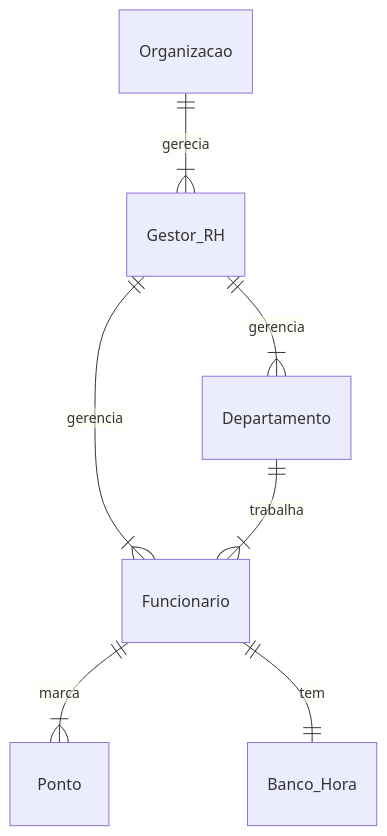
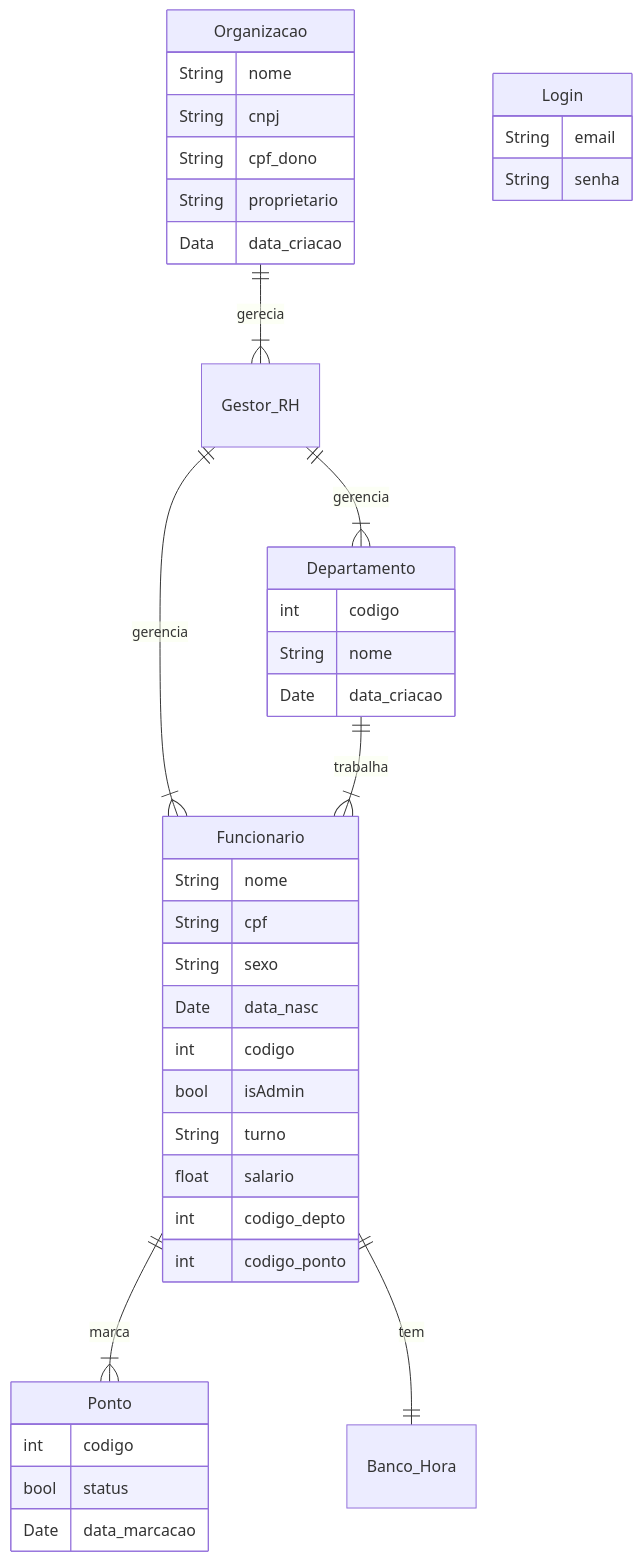
One commit to Brunowcst/sistemadecontroledepontos changed the diagram in docs/documento_modelos.md. Above: the diagram before and after it, drawn with Mermaid.

Commit message:
Docs:  MER Atualizado (#4)

````diff
--- a/docs/documento_modelos.md
+++ b/docs/documento_modelos.md
@@ -33,9 +33,48 @@
 ```mermaid
 erDiagram
+
+    Organizacao{
+        String nome
+        String cnpj
+        String cpf_dono
+        String proprietario
+        Data data_criacao
+    }
+
+    Funcionario {
+        String nome
+        String cpf
+        String sexo
+        Date data_nasc
+        int codigo
+        bool isAdmin
+        String turno
+        float salario
+        int codigo_depto
+        int codigo_ponto       
+    }
+
+    Departamento {
+        int codigo
+        String nome
+        Date data_criacao
+    }
+
+    Ponto {
+        int codigo
+        bool status
+        Date data_marcacao
+    }
+
+    Login {
+        String email
+        String senha
+    }
+
     Organizacao ||--|{ Gestor_RH : gerecia
     Gestor_RH ||--|{ Departamento : gerencia
     Gestor_RH||--|{ Funcionario : gerencia
     Departamento ||--|{ Funcionario : trabalha
     Funcionario ||--|{ Ponto: marca
     Funcionario||--|| Banco_Hora : tem
 ```
````
